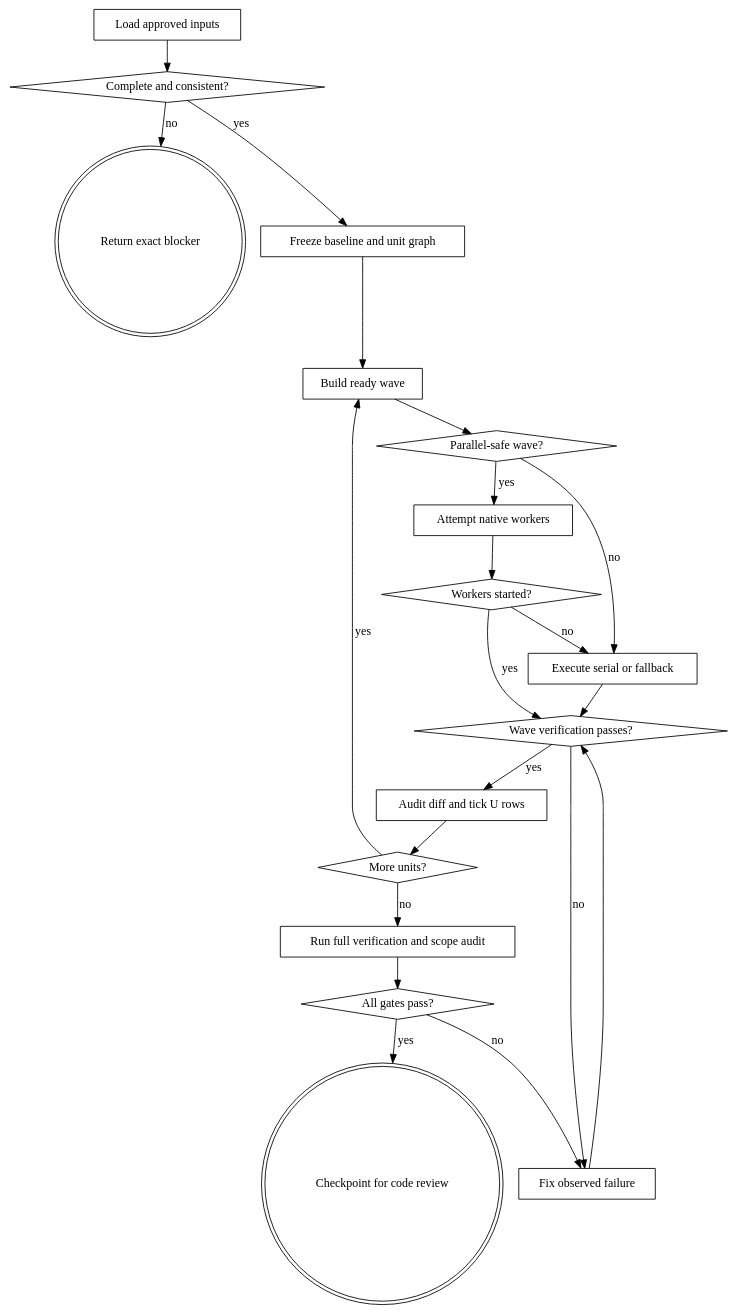
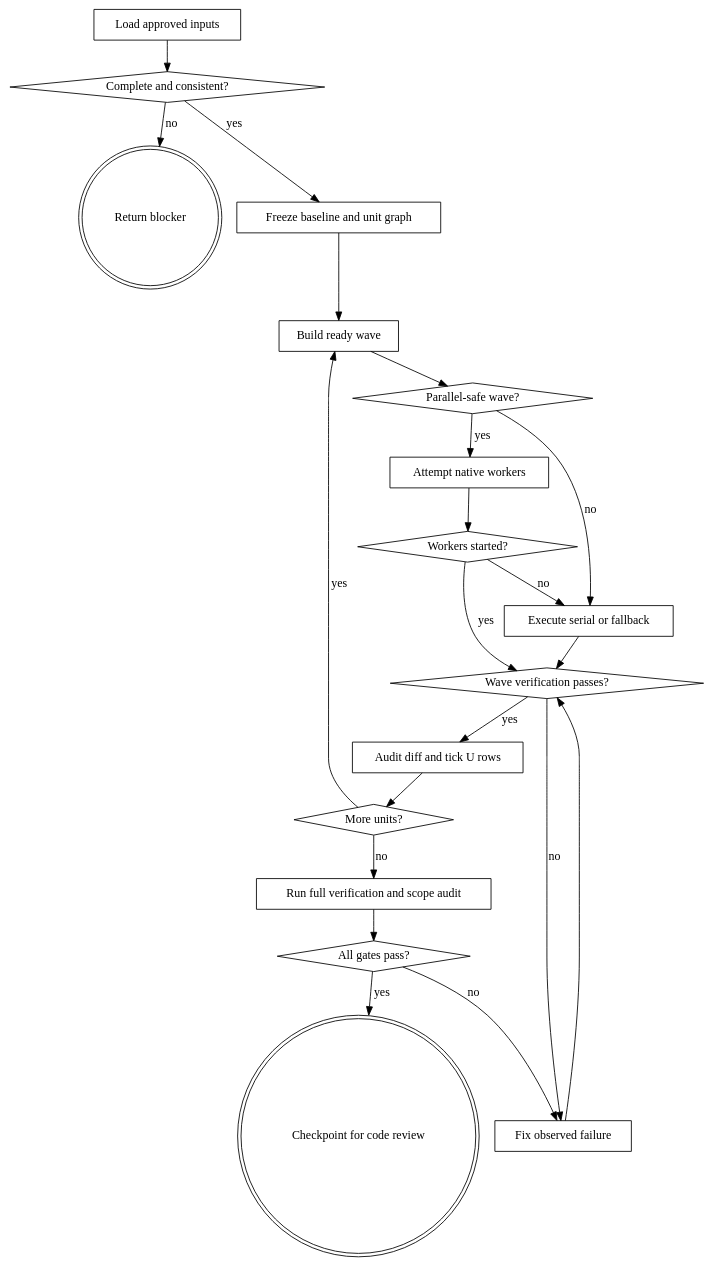
The diagram in wayne-work/SKILL.md (waynejing995/wayne-taste), drawn with Graphviz before and after one commit. The commit also changed other lines of this file and 3 other files, not shown here.

````diff
--- a/wayne-work/SKILL.md
+++ b/wayne-work/SKILL.md
@@ -20,42 +20,42 @@
 ```dot
 digraph work {
     rankdir=TB;
     A [label="Load approved inputs", shape=box];
     B [label="Complete and consistent?", shape=diamond];
-    X [label="Return exact blocker", shape=doublecircle];
+    X [label="Return blocker", shape=doublecircle];
     C [label="Freeze baseline and unit graph", shape=box];
     D [label="Build ready wave", shape=box];
     E [label="Parallel-safe wave?", shape=diamond];
     R [label="Attempt native workers", shape=box];
     P [label="Workers started?", shape=diamond];
     F [label="Execute serial or fallback", shape=box];
     G [label="Wave verification passes?", shape=diamond];
     T [label="Fix observed failure", shape=box];
     H [label="Audit diff and tick U rows", shape=box];
     I [label="More units?", shape=diamond];
     J [label="Run full verification and scope audit", shape=box];
     K [label="All gates pass?", shape=diamond];
     L [label="Checkpoint for code review", shape=doublecircle];
 
     A -> B;
     B -> X [label="no"];
     B -> C [label="yes"];
     C -> D;
     D -> E;
     E -> R [label="yes"];
     E -> F [label="no"];
     R -> P;
     P -> G [label="yes"];
     P -> F [label="no"];
     F -> G;
     G -> T [label="no"];
     T -> G;
     G -> H [label="yes"];
     H -> I;
     I -> D [label="yes"];
     I -> J [label="no"];
     J -> K;
     K -> T [label="no"];
     K -> L [label="yes"];
 }
 ```
````
